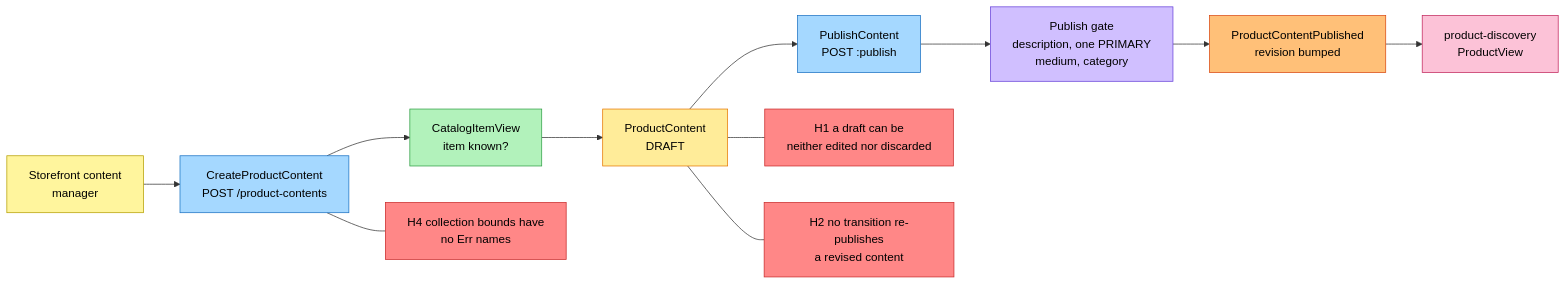
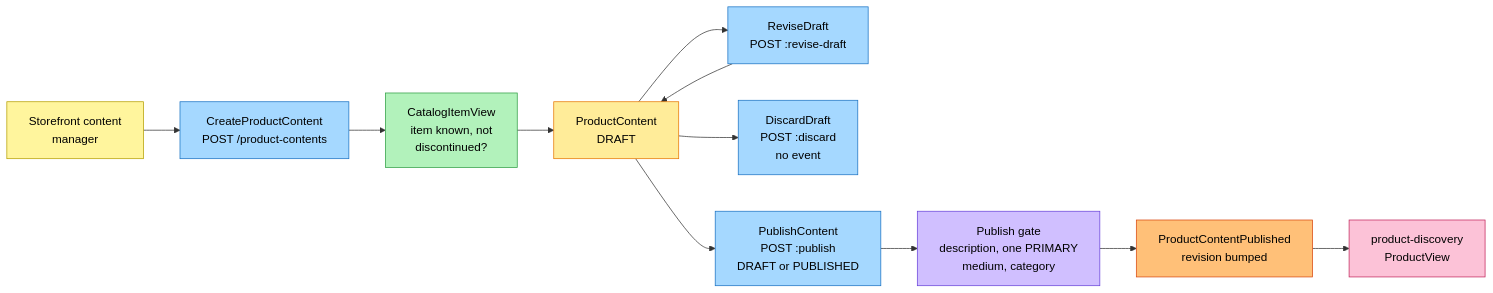
The first of 3 diagrams in storefront/docs/contexts/product-content/eventstorming.md (IQVO/warehouse-docs), drawn with Mermaid before and after one commit. The commit also changed other lines of this file and 16 other files, not shown here.

````diff
--- a/storefront/docs/contexts/product-content/eventstorming.md
+++ b/storefront/docs/contexts/product-content/eventstorming.md
@@ -37,30 +37,28 @@
 ```mermaid
 flowchart LR
     CM["Storefront content<br/>manager"]:::actor
     C1["CreateProductContent<br/>POST /product-contents"]:::command
-    RM["CatalogItemView<br/>item known?"]:::readmodel
+    RM["CatalogItemView<br/>item known, not<br/>discontinued?"]:::readmodel
     G1["ProductContent<br/>DRAFT"]:::aggregate
-    C2["PublishContent<br/>POST :publish"]:::command
+    C1b["ReviseDraft<br/>POST :revise-draft"]:::command
+    C1c["DiscardDraft<br/>POST :discard<br/>no event"]:::command
+    C2["PublishContent<br/>POST :publish<br/>DRAFT or PUBLISHED"]:::command
     P1["Publish gate<br/>description, one PRIMARY<br/>medium, category"]:::policy
     E1["ProductContentPublished<br/>revision bumped"]:::event
     PD["product-discovery<br/>ProductView"]:::external
-    H1["H1 a draft can be<br/>neither edited nor discarded"]:::hotspot
-    H2["H2 no transition re-publishes<br/>a revised content"]:::hotspot
-    H4["H4 collection bounds have<br/>no Err names"]:::hotspot
 
     CM --> C1
     C1 --> RM --> G1
     G1 --> C2 --> P1 --> E1 --> PD
-    G1 --- H1
-    G1 --- H2
-    C1 --- H4
+    G1 --> C1b --> G1
+    G1 --> C1c
 
     classDef actor fill:#fff59d,stroke:#b59f00,color:#000
     classDef command fill:#a5d8ff,stroke:#1971c2,color:#000
     classDef aggregate fill:#ffec99,stroke:#e67700,color:#000
     classDef event fill:#ffc078,stroke:#d9480f,color:#000
     classDef policy fill:#d0bfff,stroke:#6741d9,color:#000
     classDef readmodel fill:#b2f2bb,stroke:#2f9e44,color:#000
     classDef external fill:#fcc2d7,stroke:#c2255c,color:#000
     classDef hotspot fill:#ff8787,stroke:#c92a2a,color:#000
 ```
````
